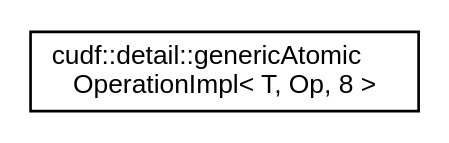
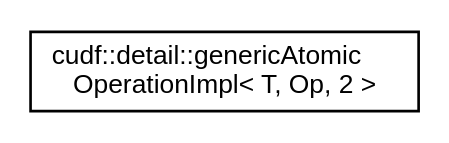
One commit to rapidsai/projects changed the diagram in libcudf/0.8.0/inherit_graph_44.dot. Above: the diagram before and after it, drawn with Graphviz. The commit also changed 618 other files, not shown here.

```diff
--- a/libcudf/0.8.0/inherit_graph_44.dot
+++ b/libcudf/0.8.0/inherit_graph_44.dot
@@ -1,7 +1,7 @@
 digraph "Graphical Class Hierarchy"
 {
   edge [fontname="Helvetica",fontsize="10",labelfontname="Helvetica",labelfontsize="10"];
   node [fontname="Helvetica",fontsize="10",shape=record];
   rankdir="LR";
-  Node0 [label="cudf::detail::genericAtomic\lOperationImpl\< T, Op, 8 \>",height=0.2,width=0.4,color="black", fillcolor="white", style="filled",URL="$structcudf_1_1detail_1_1genericAtomicOperationImpl_3_01T_00_01Op_00_018_01_4.html"];
+  Node0 [label="cudf::detail::genericAtomic\lOperationImpl\< T, Op, 2 \>",height=0.2,width=0.4,color="black", fillcolor="white", style="filled",URL="$structcudf_1_1detail_1_1genericAtomicOperationImpl_3_01T_00_01Op_00_012_01_4.html"];
 }
```
